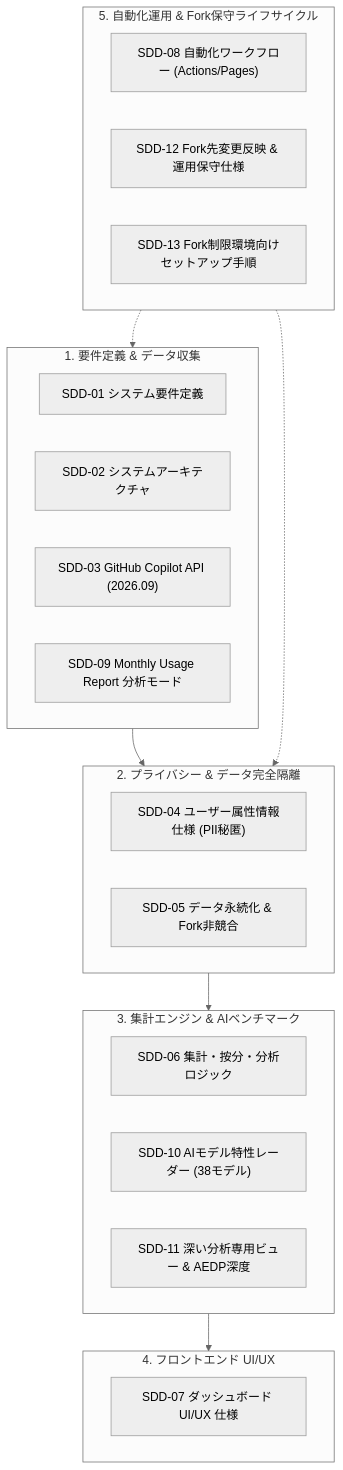
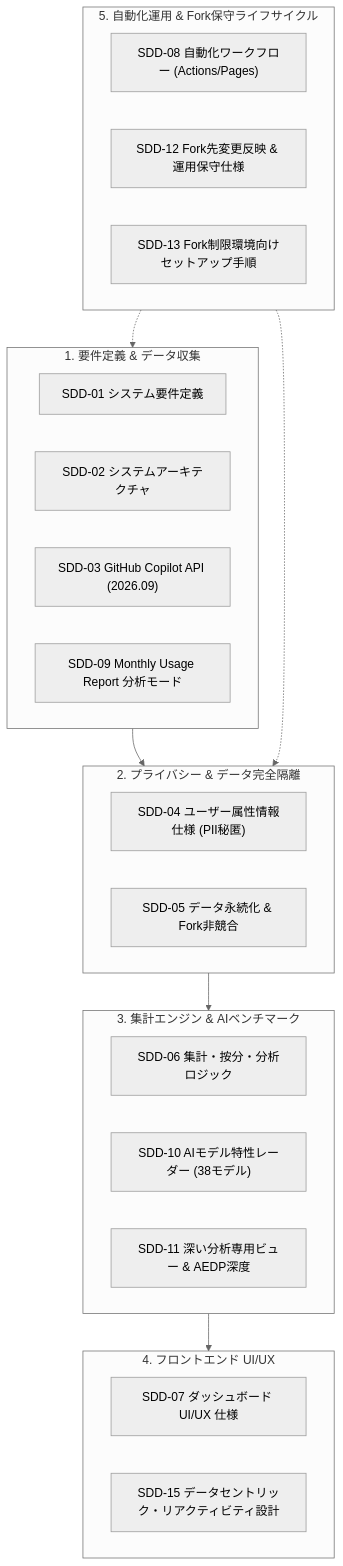
The diagram in docs/specifications/README.ja.md (sun-flat-yamada/github-copilot-dashboard), drawn with Mermaid (neutral theme) before and after one commit. The commit also changed other lines of this file and 11 other files, not shown here.

````diff
--- a/docs/specifications/README.ja.md
+++ b/docs/specifications/README.ja.md
@@ -13,34 +13,35 @@
 ```mermaid
 flowchart TD
     subgraph D1["1. 要件定義 & データ収集"]
         S01["SDD-01 システム要件定義"]
         S02["SDD-02 システムアーキテクチャ"]
         S03["SDD-03 GitHub Copilot API (2026.09)"]
         S09["SDD-09 Monthly Usage Report 分析モード"]
     end
 
     subgraph D2["2. プライバシー & データ完全隔離"]
         S04["SDD-04 ユーザー属性情報仕様 (PII秘匿)"]
         S05["SDD-05 データ永続化 & Fork非競合"]
     end
 
     subgraph D3["3. 集計エンジン & AIベンチマーク"]
         S06["SDD-06 集計・按分・分析ロジック"]
         S10["SDD-10 AIモデル特性レーダー (38モデル)"]
         S11["SDD-11 深い分析専用ビュー & AEDP深度"]
     end
 
     subgraph D4["4. フロントエンド UI/UX"]
         S07["SDD-07 ダッシュボード UI/UX 仕様"]
+        S15["SDD-15 データセントリック・リアクティビティ設計"]
     end
 
     subgraph D5["5. 自動化運用 & Fork保守ライフサイクル"]
         S08["SDD-08 自動化ワークフロー (Actions/Pages)"]
         S12["SDD-12 Fork先変更反映 & 運用保守仕様"]
         S13["SDD-13 Fork制限環境向けセットアップ手順"]
     end
 
     D1 --> D2 --> D3 --> D4
     D5 -.-> D1
     D5 -.-> D2
 ```
````
